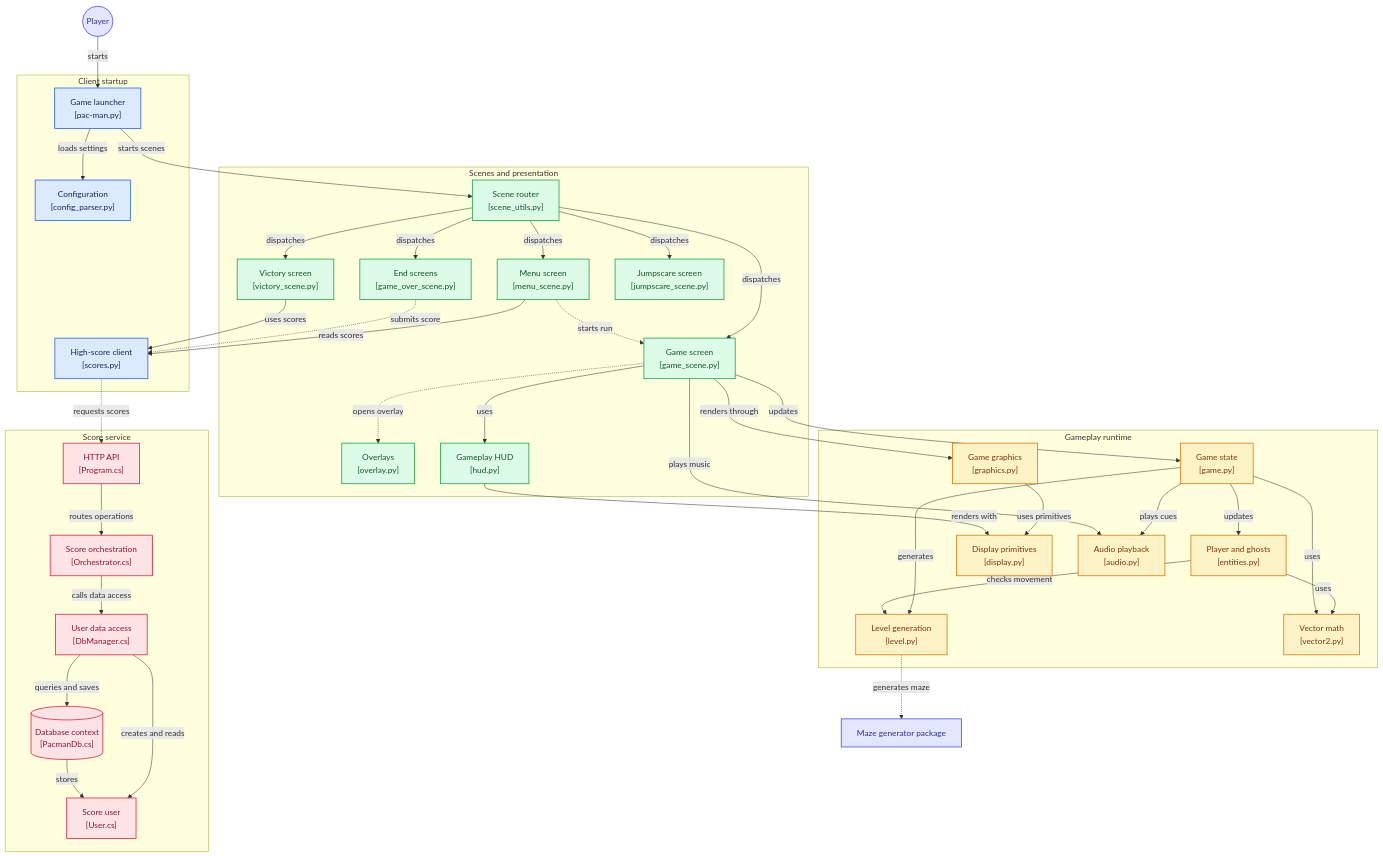
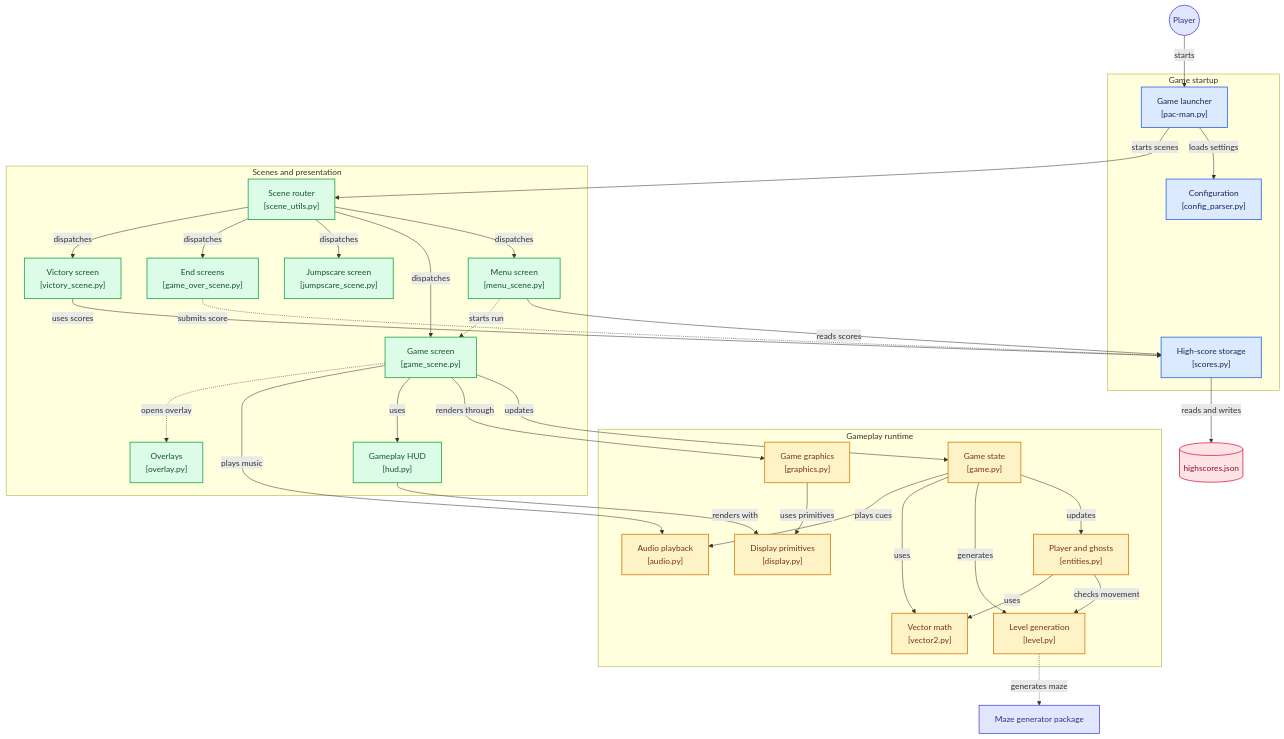
Before and after one commit to vinsongqj/42_Pac-Man: the diagram in README.md, drawn with Mermaid. The commit also changed other lines of this file and 72 other files, not shown here.

````diff
--- a/README.md
+++ b/README.md
@@ -119,10 +121,10 @@
 %% Generated by https://gitdiagram.com/vinsongqj/42_pac-man
 flowchart TD
 
-subgraph group_client_entry["Client startup"]
+subgraph group_client_entry["Game startup"]
   node_launcher["Game launcher<br/>[pac-man.py]"]
   node_config["Configuration<br/>[config_parser.py]"]
-  node_scores["High-score client<br/>[scores.py]"]
+  node_scores["High-score storage<br/>[scores.py]"]
 end
 
 subgraph group_gameplay["Gameplay runtime"]
@@ -146,16 +148,9 @@
   node_hud["Gameplay HUD<br/>[hud.py]"]
 end
 
-subgraph group_score_api["Score service"]
-  node_api["HTTP API<br/>[Program.cs]"]
-  node_orchestrator["Score orchestration<br/>[Orchestrator.cs]"]
-  node_db_manager["User data access<br/>[DbManager.cs]"]
-  node_db_context[("Database context<br/>[PacmanDb.cs]")]
-  node_user["Score user<br/>[User.cs]"]
-end
-
 node_player(("Player"))
 node_maze_package["Maze generator package"]
+node_json[("highscores.json")]
 
 node_player -->|"starts"| node_launcher
 node_launcher -->|"loads settings"| node_config
@@ -183,36 +178,26 @@
 node_game_scene -.->|"opens overlay"| node_overlays
 node_end_screens -.->|"submits score"| node_scores
 node_victory -->|"uses scores"| node_scores
-node_scores -.->|"requests scores"| node_api
-node_api -->|"routes operations"| node_orchestrator
-node_orchestrator -->|"calls data access"| node_db_manager
-node_db_manager -->|"queries and saves"| node_db_context
-node_db_manager -->|"creates and reads"| node_user
-node_db_context -->|"stores"| node_user
+node_scores -->|"reads and writes"| node_json
 
 click node_launcher "https://github.com/vinsongqj/42_pac-man/blob/main/pac-man.py"
-click node_config "https://github.com/vinsongqj/42_pac-man/blob/main/src/client/config_parser.py"
-click node_scene_router "https://github.com/vinsongqj/42_pac-man/blob/main/src/client/scenes/scene_utils.py"
-click node_menu "https://github.com/vinsongqj/42_pac-man/blob/main/src/client/scenes/menu_scene.py"
-click node_game_scene "https://github.com/vinsongqj/42_pac-man/blob/main/src/client/scenes/game_scene.py"
-click node_overlays "https://github.com/vinsongqj/42_pac-man/blob/main/src/client/scenes/overlay.py"
-click node_end_screens "https://github.com/vinsongqj/42_pac-man/blob/main/src/client/scenes/game_over_scene.py"
-click node_victory "https://github.com/vinsongqj/42_pac-man/blob/main/src/client/scenes/victory_scene.py"
-click node_jumpscare "https://github.com/vinsongqj/42_pac-man/blob/main/src/client/scenes/jumpscare_scene.py"
-click node_hud "https://github.com/vinsongqj/42_pac-man/blob/main/src/client/scenes/hud.py"
-click node_game_state "https://github.com/vinsongqj/42_pac-man/blob/main/src/client/game.py"
-click node_actors "https://github.com/vinsongqj/42_pac-man/blob/main/src/client/entities.py"
-click node_level "https://github.com/vinsongqj/42_pac-man/blob/main/src/client/level.py"
-click node_vectors "https://github.com/vinsongqj/42_pac-man/blob/main/src/client/vector2.py"
-click node_graphics "https://github.com/vinsongqj/42_pac-man/blob/main/src/client/graphics.py"
-click node_display "https://github.com/vinsongqj/42_pac-man/blob/main/src/client/display.py"
-click node_audio "https://github.com/vinsongqj/42_pac-man/blob/main/src/client/audio.py"
-click node_scores "https://github.com/vinsongqj/42_pac-man/blob/main/src/client/scores.py"
-click node_api "https://github.com/vinsongqj/42_pac-man/blob/main/src/server/Pacman.Server.Api/Program.cs"
-click node_orchestrator "https://github.com/vinsongqj/42_pac-man/blob/main/src/server/Pacman.Server.Core/Orchestrator.cs"
-click node_db_manager "https://github.com/vinsongqj/42_pac-man/blob/main/src/server/Pacman.Server.Data/DbManager.cs"
-click node_db_context "https://github.com/vinsongqj/42_pac-man/blob/main/src/server/Pacman.Server.Data/PacmanDb.cs"
-click node_user "https://github.com/vinsongqj/42_pac-man/blob/main/src/server/Pacman.Server.Data/Entities/User.cs"
+click node_config "https://github.com/vinsongqj/42_pac-man/blob/main/src/config_parser.py"
+click node_scene_router "https://github.com/vinsongqj/42_pac-man/blob/main/src/scenes/scene_utils.py"
+click node_menu "https://github.com/vinsongqj/42_pac-man/blob/main/src/scenes/menu_scene.py"
+click node_game_scene "https://github.com/vinsongqj/42_pac-man/blob/main/src/scenes/game_scene.py"
+click node_overlays "https://github.com/vinsongqj/42_pac-man/blob/main/src/scenes/overlay.py"
+click node_end_screens "https://github.com/vinsongqj/42_pac-man/blob/main/src/scenes/game_over_scene.py"
+click node_victory "https://github.com/vinsongqj/42_pac-man/blob/main/src/scenes/victory_scene.py"
+click node_jumpscare "https://github.com/vinsongqj/42_pac-man/blob/main/src/scenes/jumpscare_scene.py"
+click node_hud "https://github.com/vinsongqj/42_pac-man/blob/main/src/scenes/hud.py"
+click node_game_state "https://github.com/vinsongqj/42_pac-man/blob/main/src/game.py"
+click node_actors "https://github.com/vinsongqj/42_pac-man/blob/main/src/entities.py"
+click node_level "https://github.com/vinsongqj/42_pac-man/blob/main/src/level.py"
+click node_vectors "https://github.com/vinsongqj/42_pac-man/blob/main/src/vector2.py"
+click node_graphics "https://github.com/vinsongqj/42_pac-man/blob/main/src/graphics.py"
+click node_display "https://github.com/vinsongqj/42_pac-man/blob/main/src/display.py"
+click node_audio "https://github.com/vinsongqj/42_pac-man/blob/main/src/audio.py"
+click node_scores "https://github.com/vinsongqj/42_pac-man/blob/main/src/scores.py"
 
 classDef toneNeutral fill:#f8fafc,stroke:#334155,stroke-width:1.5px,color:#0f172a
 classDef toneBlue fill:#dbeafe,stroke:#2563eb,stroke-width:1.5px,color:#172554
@@ -224,6 +209,6 @@
 class node_launcher,node_config,node_scores toneBlue
 class node_game_state,node_actors,node_level,node_vectors,node_graphics,node_display,node_audio toneAmber
 class node_scene_router,node_menu,node_game_scene,node_overlays,node_end_screens,node_victory,node_jumpscare,node_hud toneMint
-class node_api,node_orchestrator,node_db_manager,node_db_context,node_user toneRose
+class node_json toneRose
 class node_player,node_maze_package toneIndigo
 ```
````
